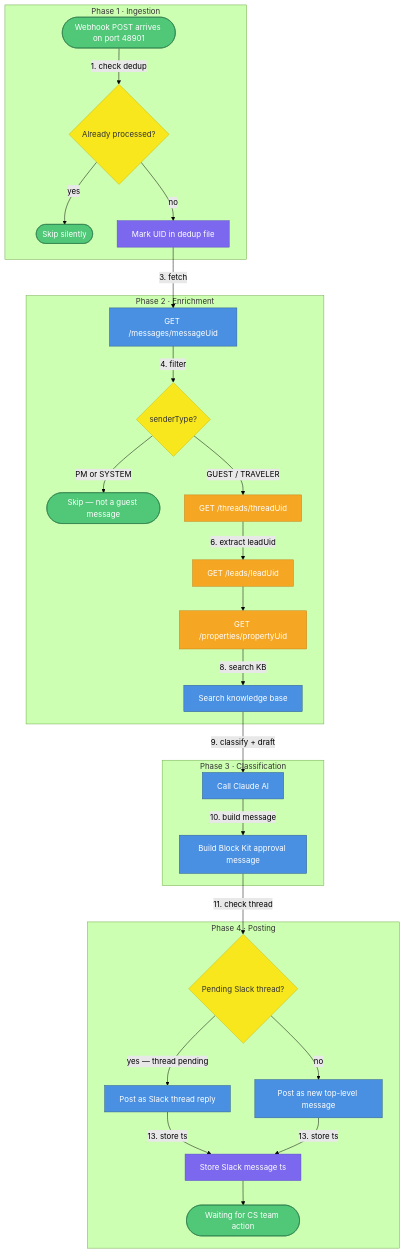
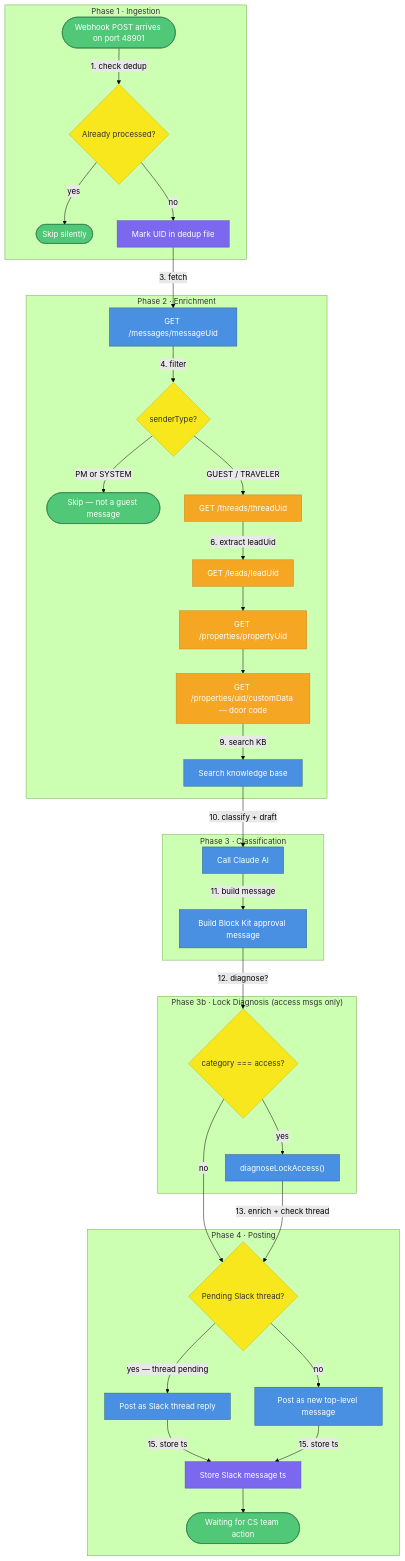
The fifth of 11 diagrams in docs/2026-03-18-1312-architecture.md (viiqswim/vlre-ai-employee), drawn with Mermaid (forest theme) before and after one commit. The commit also changed other lines of this file and 1 other file, not shown here.

Commit message:
docs: update architecture + add Sifely lock integration feature doc

````diff
--- a/docs/2026-03-18-1312-architecture.md
+++ b/docs/2026-03-18-1312-architecture.md
@@ -236,64 +260,74 @@
 ```mermaid
 flowchart TD
 
     subgraph Ingestion["Phase 1 · Ingestion"]
         W([Webhook POST arrives on port 48901])
         D{Already processed?}
         SKIP([Skip silently])
         MARK[Mark UID in dedup file]
         W -->|"1. check dedup"| D
         D -->|"yes"| SKIP
         D -->|"no"| MARK
     end
 
     subgraph Enrichment["Phase 2 · Enrichment"]
         FM["GET /messages/messageUid"]
         FT{senderType?}
         SKIP2([Skip — not a guest message])
         TH["GET /threads/threadUid"]
         FL["GET /leads/leadUid"]
         FP["GET /properties/propertyUid"]
+        DC["GET /properties/uid/customData — door code"]
         KB[Search knowledge base]
         FM -->|"4. filter"| FT
         FT -->|"PM or SYSTEM"| SKIP2
         FT -->|"GUEST / TRAVELER"| TH
         TH -->|"6. extract leadUid"| FL
         FL --> FP
-        FP -->|"8. search KB"| KB
+        FP --> DC
+        DC -->|"9. search KB"| KB
     end
 
     subgraph Classification["Phase 3 · Classification"]
         CL[Call Claude AI]
         BK[Build Block Kit approval message]
-        CL -->|"10. build message"| BK
+        CL -->|"11. build message"| BK
+    end
+
+    subgraph LockDiag["Phase 3b · Lock Diagnosis (access msgs only)"]
+        LCHECK{category === access?}
+        LDIAG["diagnoseLockAccess()"]
+        LCHECK -->|"yes"| LDIAG
     end
 
     subgraph Posting["Phase 4 · Posting"]
         TRK{Pending Slack thread?}
         REP[Post as Slack thread reply]
         NEW[Post as new top-level message]
         TRACK[Store Slack message ts]
         WAIT([Waiting for CS team action])
         TRK -->|"yes — thread pending"| REP
         TRK -->|"no"| NEW
-        REP -->|"13. store ts"| TRACK
-        NEW -->|"13. store ts"| TRACK
+        REP -->|"15. store ts"| TRACK
+        NEW -->|"15. store ts"| TRACK
         TRACK --> WAIT
     end
 
     MARK -->|"3. fetch"| FM
-    KB -->|"9. classify + draft"| CL
-    BK -->|"11. check thread"| TRK
+    KB -->|"10. classify + draft"| CL
+    BK -->|"12. diagnose?"| LCHECK
+    LCHECK -->|"no"| TRK
+    LDIAG -->|"13. enrich + check thread"| TRK
 
     classDef event fill:#50C878,stroke:#2D7A4A,color:#fff
     classDef decision fill:#F8E71C,stroke:#C7B916,color:#333
     classDef service fill:#4A90E2,stroke:#2E5C8A,color:#fff
     classDef storage fill:#7B68EE,stroke:#5B4BC7,color:#fff
     classDef external fill:#F5A623,stroke:#C4841A,color:#fff
 
     class W,SKIP,SKIP2,WAIT event
-    class D,FT,TRK decision
-    class FM,CL,BK,KB,REP,NEW service
+    class D,FT,TRK,LCHECK decision
+    class FM,CL,BK,KB,REP,NEW,LDIAG service
     class MARK,TRACK storage
-    class TH,FL,FP external
+    class TH,FL,FP,DC external
 ```
````
